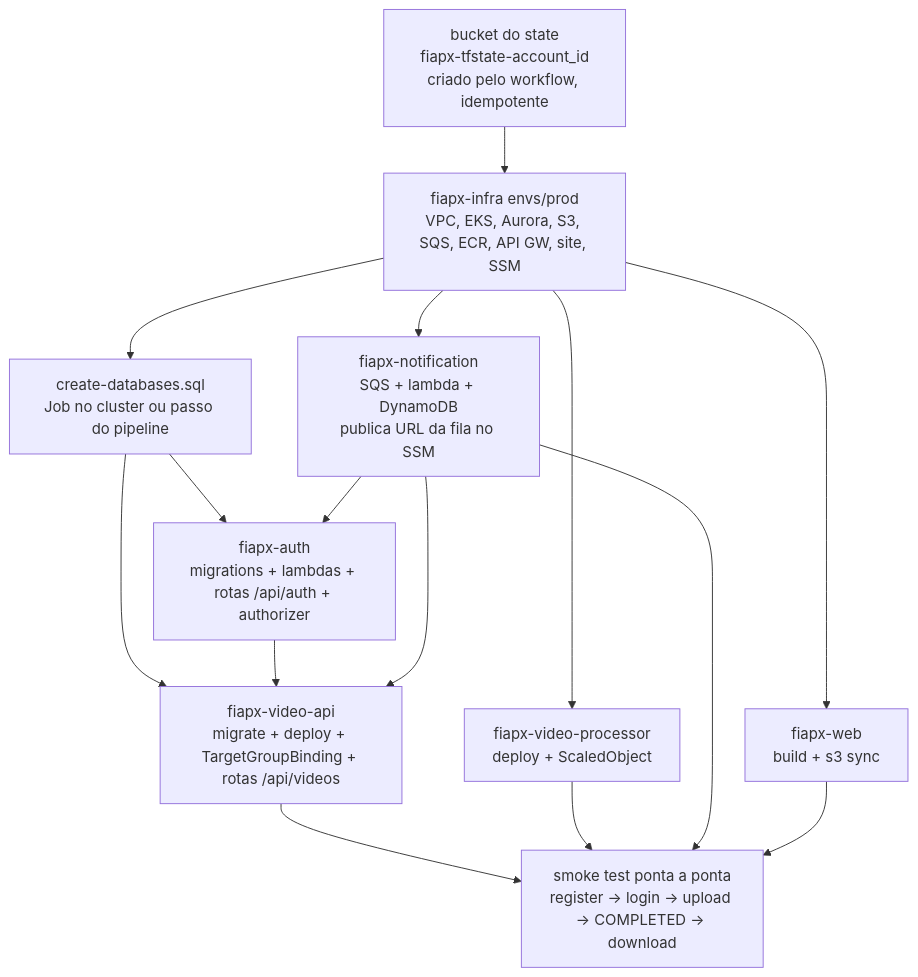
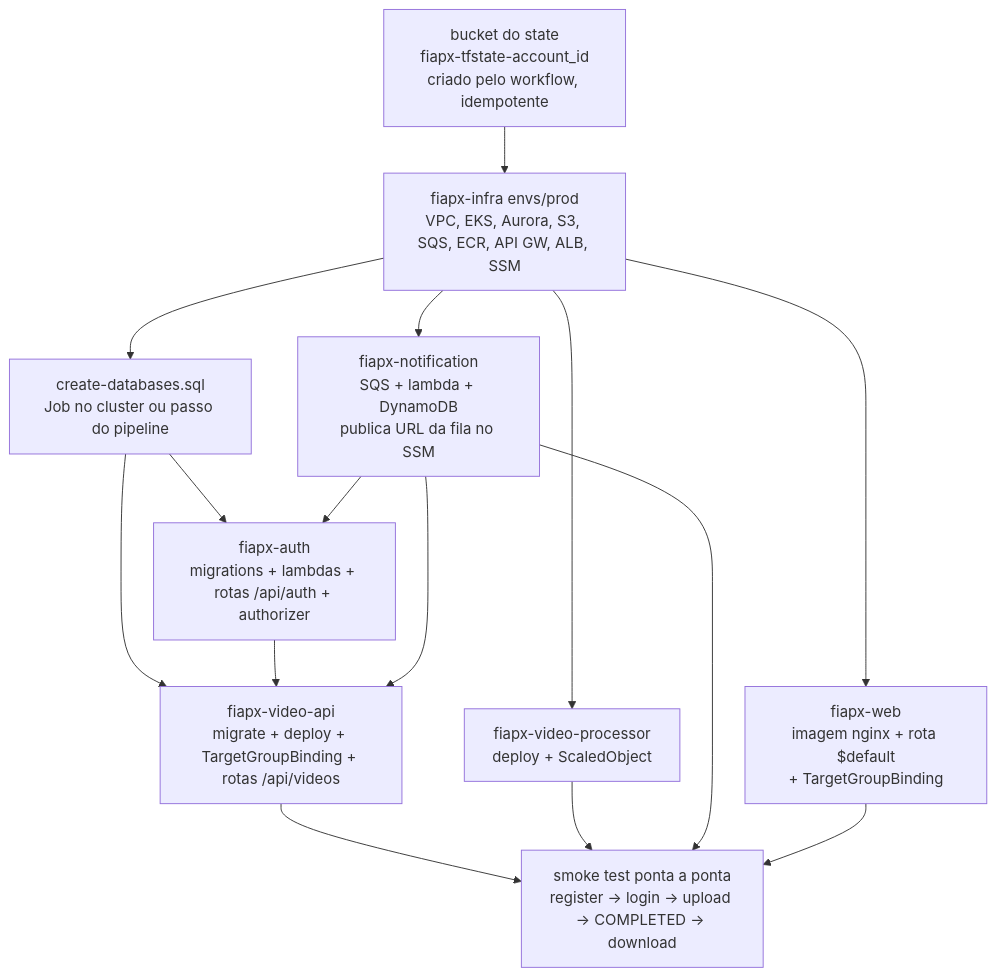
One commit to hackathon-fiap-soat/fiapx-docs changed the second of 2 diagrams in 06-deploy/fluxo-de-deploy.md. Above: the diagram before and after it, drawn with Mermaid. The commit also changed other lines of this file and 35 other files, not shown here.

First line of the commit message:
docs: ADR-019 revisado após o primeiro apply (Aurora db.t3.medium e site no EKS) (#15)

````diff
--- a/06-deploy/fluxo-de-deploy.md
+++ b/06-deploy/fluxo-de-deploy.md
@@ -69,17 +69,17 @@
 ```mermaid
 flowchart TD
-  B["bucket do state<br/>fiapx-tfstate-account_id<br/>criado pelo workflow, idempotente"] --> I["fiapx-infra envs/prod<br/>VPC, EKS, Aurora, S3, SQS, ECR, API GW, site, SSM"]
+  B["bucket do state<br/>fiapx-tfstate-account_id<br/>criado pelo workflow, idempotente"] --> I["fiapx-infra envs/prod<br/>VPC, EKS, Aurora, S3, SQS, ECR, API GW, ALB, SSM"]
   I --> SQL["create-databases.sql<br/>Job no cluster ou passo do pipeline"]
   SQL --> AUTH["fiapx-auth<br/>migrations + lambdas + rotas /api/auth + authorizer"]
   SQL --> API["fiapx-video-api<br/>migrate + deploy + TargetGroupBinding + rotas /api/videos"]
   AUTH --> API
   I --> PROC["fiapx-video-processor<br/>deploy + ScaledObject"]
   I --> NOTIF["fiapx-notification<br/>SQS + lambda + DynamoDB<br/>publica URL da fila no SSM"]
   NOTIF --> API
   NOTIF --> AUTH
-  I --> WEB["fiapx-web<br/>build + s3 sync"]
+  I --> WEB["fiapx-web<br/>imagem nginx + rota $default<br/>+ TargetGroupBinding"]
   API --> E2E["smoke test ponta a ponta<br/>register → login → upload → COMPLETED → download"]
   PROC --> E2E
   NOTIF --> E2E
   WEB --> E2E
 ```
````
